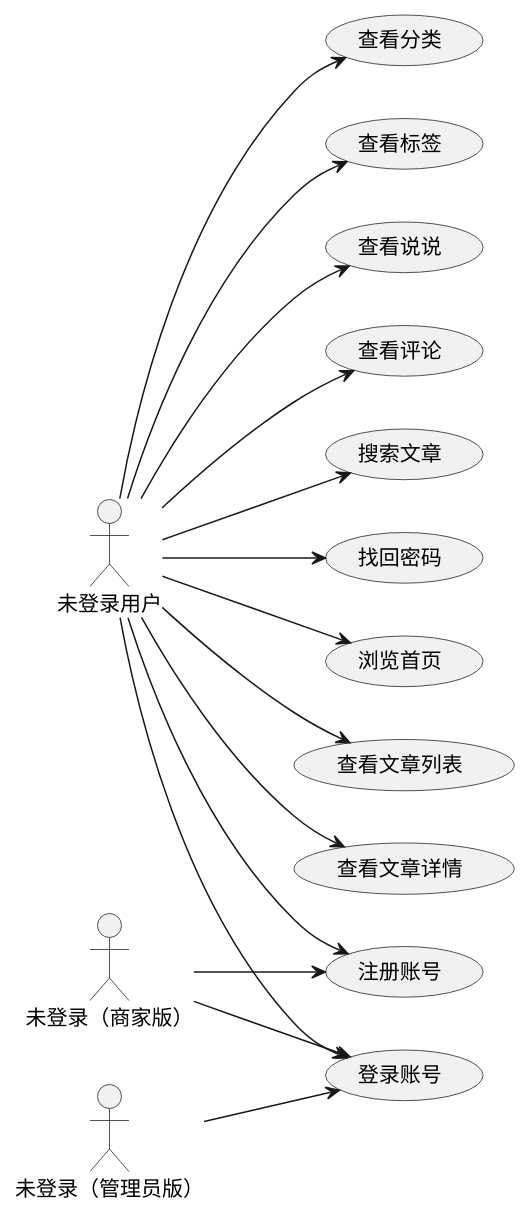
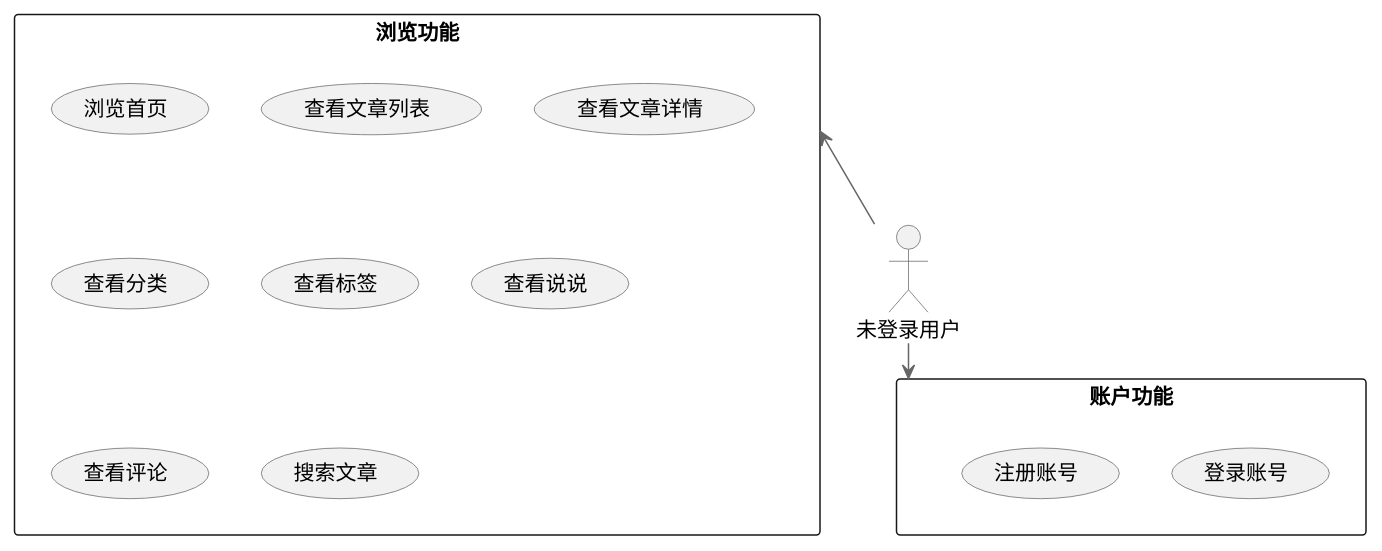
Before and after one commit to yello-rush/-springvue-: the first of 3 diagrams in 系统分析.md, drawn with PlantUML. The commit also changed other lines of this file, not shown here.

````diff
--- a/系统分析.md
+++ b/系统分析.md
@@ -128,43 +130,42 @@
 ```plantuml
 @startuml
-' 水平布局
-left to right direction
 
-' 角色定义
-actor "未登录用户" as Actor1
-actor "未登录（商家版）" as Actor2
-actor "未登录（管理员版）" as Actor3
+' 未登录用户功能用例图
 
-' 客户版用例
-usecase "浏览首页" as UC1
-usecase "查看文章列表" as UC2
-usecase "查看文章详情" as UC3
-usecase "查看分类" as UC4
-usecase "查看标签" as UC5
-usecase "查看说说" as UC6
-usecase "查看评论" as UC7
-usecase "搜索文章" as UC8
-usecase "注册账号" as UC9
-usecase "登录账号" as UC10
-usecase "找回密码" as UC11
+skinparam backgroundColor white
+skinparam handwritten false
+skinparam shadowing false
+skinparam packageStyle rectangle
+skinparam arrowColor #666666
+skinparam usecaseBorderColor #666666
+skinparam actorBorderColor #666666
 
-' 关系定义
-Actor1 --> UC1
-Actor1 --> UC2
-Actor1 --> UC3
-Actor1 --> UC4
-Actor1 --> UC5
-Actor1 --> UC6
-Actor1 --> UC7
-Actor1 --> UC8
-Actor1 --> UC9
-Actor1 --> UC10
-Actor1 --> UC11
+' 角色居中
+actor "未登录用户" as UnloggedUser
 
-Actor2 --> UC9
-Actor2 --> UC10
+' 功能模块围绕四周 - 使用包组织相关功能
 
-Actor3 --> UC10
+' 上方：浏览功能
+package "浏览功能" {
+    usecase "浏览首页" as BrowseHome
+    usecase "查看文章列表" as ViewArticleList
+    usecase "查看文章详情" as ViewArticleDetail
+    usecase "查看分类" as ViewCategories
+    usecase "查看标签" as ViewTags
+    usecase "查看说说" as ViewMoments
+    usecase "查看评论" as ViewComments
+    usecase "搜索文章" as SearchArticles
+}
+
+' 下方：账户功能
+package "账户功能" {
+    usecase "登录账号" as Login
+    usecase "注册账号" as Register
+}
+
+' 连接角色与包，使用方向箭头控制位置
+UnloggedUser -up-> "浏览功能"
+UnloggedUser -down-> "账户功能"
 
 @enduml
 ```
````
